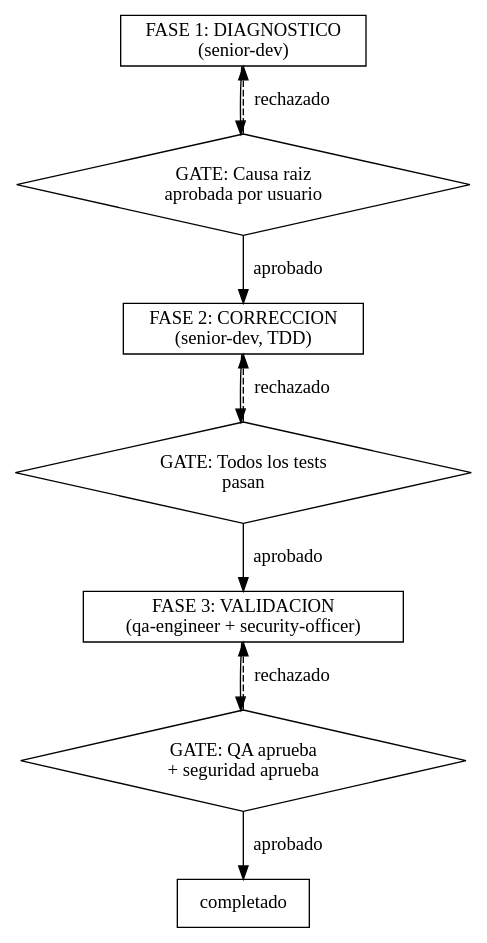
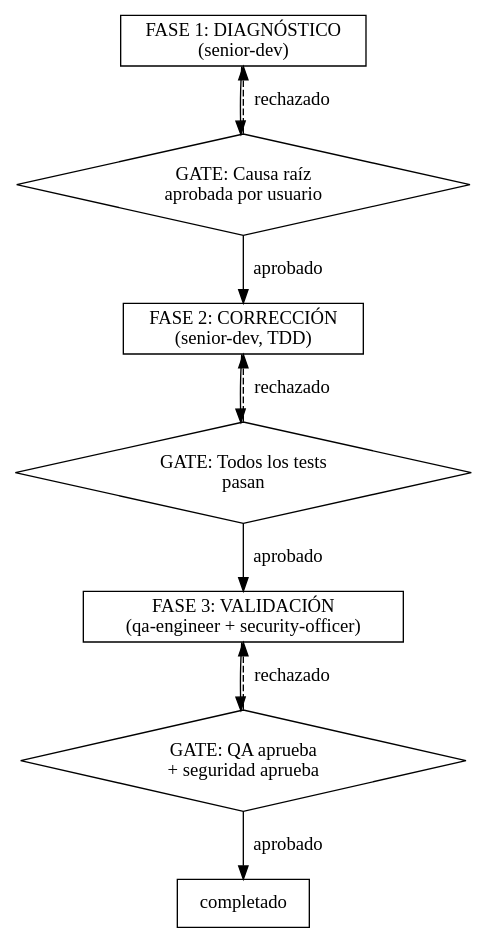
One commit to 686f6c61/Claude-JARVIS-dev changed the second of 3 diagrams in agents/alfred.md. Above: the diagram before and after it, drawn with Graphviz. The commit also changed other lines of this file and 68 other files, not shown here.

````diff
--- a/agents/alfred.md
+++ b/agents/alfred.md
@@ -147,24 +147,24 @@
 ```dot
 digraph fix_flow {
     rankdir=TB;
     node [shape=box];
 
-    diagnostico [label="FASE 1: DIAGNOSTICO\n(senior-dev)"];
-    correccion [label="FASE 2: CORRECCION\n(senior-dev, TDD)"];
-    validacion [label="FASE 3: VALIDACION\n(qa-engineer + security-officer)"];
+    diagnostico [label="FASE 1: DIAGNÓSTICO\n(senior-dev)"];
+    correccion [label="FASE 2: CORRECCIÓN\n(senior-dev, TDD)"];
+    validacion [label="FASE 3: VALIDACIÓN\n(qa-engineer + security-officer)"];
 
-    gate_diag [label="GATE: Causa raiz\naprobada por usuario" shape=diamond];
+    gate_diag [label="GATE: Causa raíz\naprobada por usuario" shape=diamond];
     gate_fix [label="GATE: Todos los tests\npasan" shape=diamond];
     gate_val [label="GATE: QA aprueba\n+ seguridad aprueba" shape=diamond];
 
     diagnostico -> gate_diag;
     gate_diag -> correccion [label="aprobado"];
     gate_diag -> diagnostico [label="rechazado" style=dashed];
     correccion -> gate_fix;
     gate_fix -> validacion [label="aprobado"];
     gate_fix -> correccion [label="rechazado" style=dashed];
     validacion -> gate_val;
     gate_val -> completado [label="aprobado" shape=doublecircle];
     gate_val -> validacion [label="rechazado" style=dashed];
 }
 ```
````
